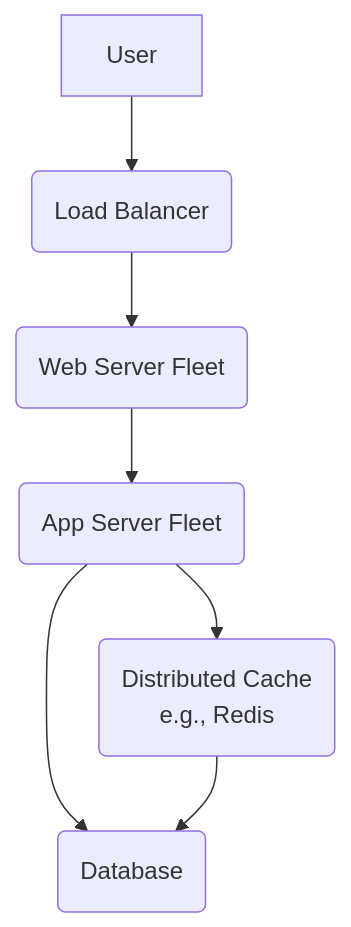
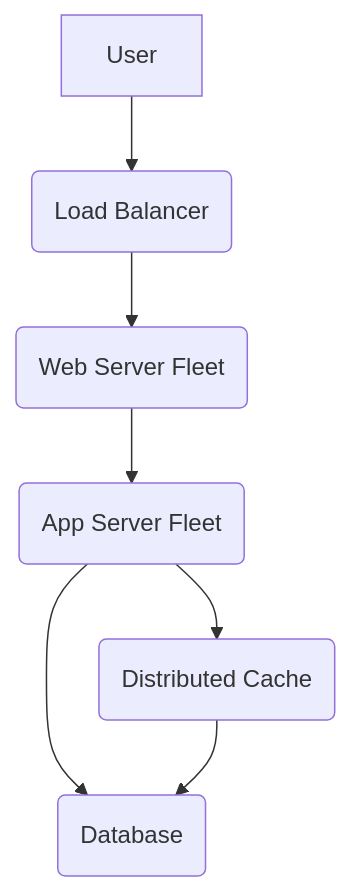
Before and after one commit to abhinandanpawar/Learning: the first of 6 diagrams in java-notes/12-System-Design-with-Java/README.md, drawn with Mermaid. The commit also changed other lines of this file and 9 other files, not shown here.

````diff
--- a/java-notes/12-System-Design-with-Java/README.md
+++ b/java-notes/12-System-Design-with-Java/README.md
@@ -95,9 +23,9 @@
 ```mermaid
 graph TD
     User --> LB(Load Balancer)
     LB --> WebServers(Web Server Fleet)
     WebServers --> AppServers(App Server Fleet)
-    AppServers --> Cache(Distributed Cache<br>e.g., Redis)
+    AppServers --> Cache(Distributed Cache)
     AppServers --> DB(Database)
     Cache --> DB
 ```
````
